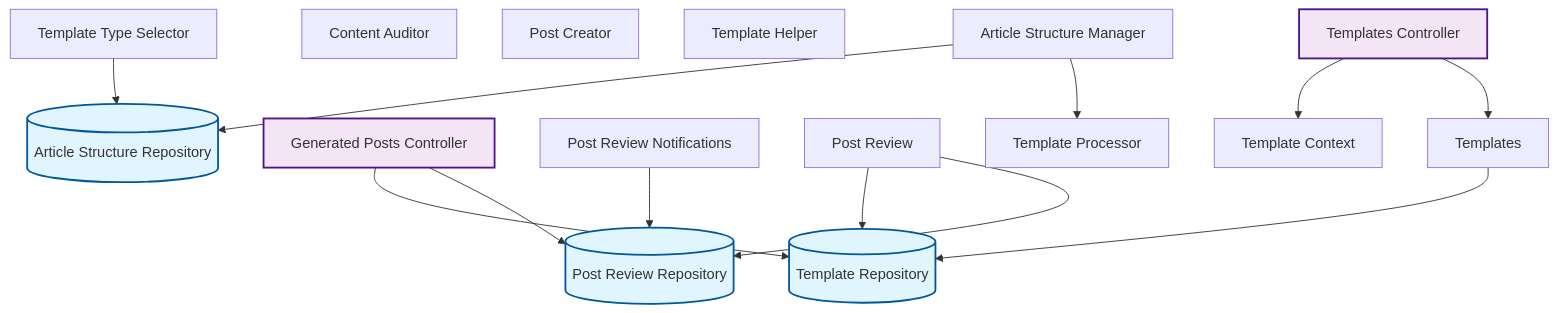
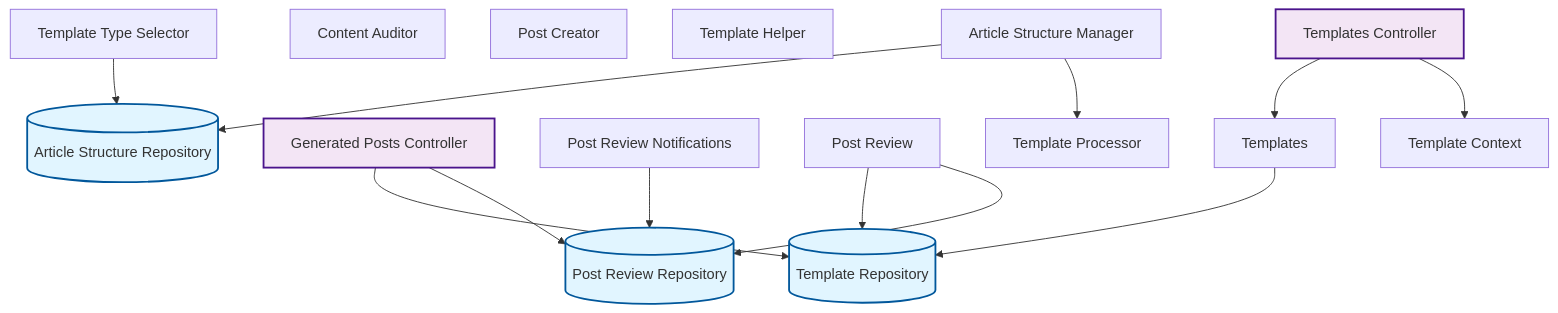
Before and after one commit to rpnunez/wp-ai-scheduler: the fourth of 10 diagrams in docs/feature-report.md, drawn with Mermaid. The commit also changed other lines of this file, not shown here.

````diff
--- a/docs/feature-report.md
+++ b/docs/feature-report.md
@@ -183,38 +183,38 @@
 ```mermaid
 flowchart TD
     %% Content Management Architecture
 
     Article_Structure_Manager["Article Structure Manager"]
     Article_Structure_Repository[("Article Structure Repository")]
     Content_Auditor["Content Auditor"]
     Generated_Posts_Controller["Generated Posts Controller"]
     Post_Creator["Post Creator"]
     Post_Review_Notifications["Post Review Notifications"]
     Post_Review_Repository[("Post Review Repository")]
     Post_Review["Post Review"]
     Template_Context["Template Context"]
     Template_Helper["Template Helper"]
     Template_Processor["Template Processor"]
     Template_Repository[("Template Repository")]
     Template_Type_Selector["Template Type Selector"]
     Templates_Controller["Templates Controller"]
     Templates["Templates"]
 
     Article_Structure_Manager --> Article_Structure_Repository
     Article_Structure_Manager --> Template_Processor
     Generated_Posts_Controller --> Template_Repository
     Generated_Posts_Controller --> Post_Review_Repository
     Post_Review_Notifications --> Post_Review_Repository
     Post_Review --> Template_Repository
     Post_Review --> Post_Review_Repository
     Template_Type_Selector --> Article_Structure_Repository
+    Templates_Controller --> Templates
     Templates_Controller --> Template_Context
-    Templates_Controller --> Templates
     Templates --> Template_Repository
 
     classDef repository fill:#e1f5ff,stroke:#01579b,stroke-width:2px
     classDef service fill:#fff3e0,stroke:#e65100,stroke-width:2px
     classDef controller fill:#f3e5f5,stroke:#4a148c,stroke-width:2px
     class Article_Structure_Repository,Post_Review_Repository,Template_Repository repository
     class Generated_Posts_Controller,Templates_Controller controller
 ```
````
